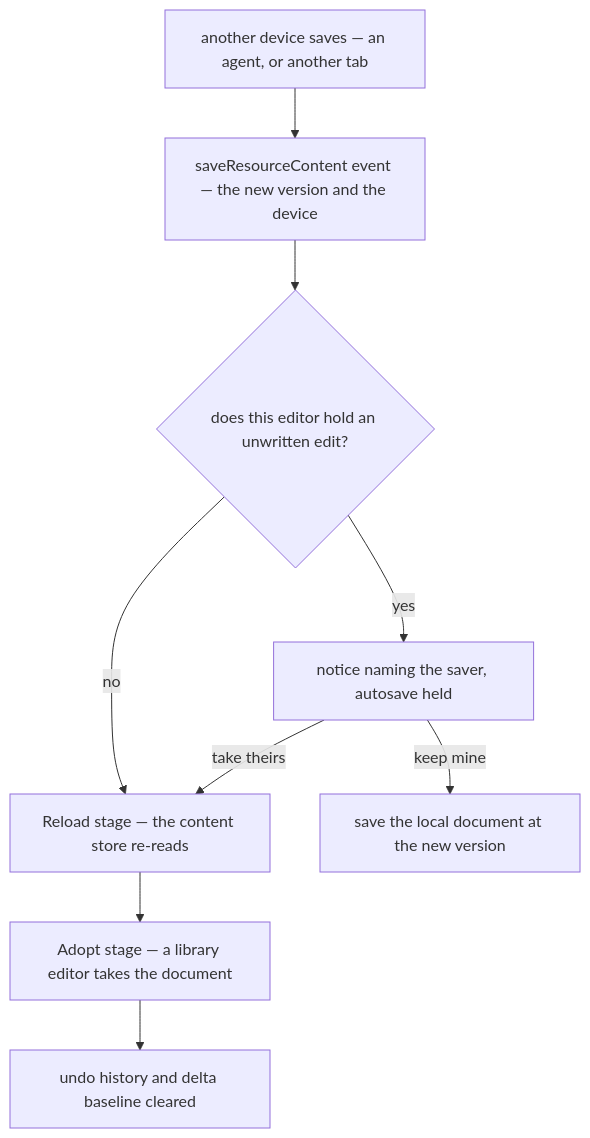
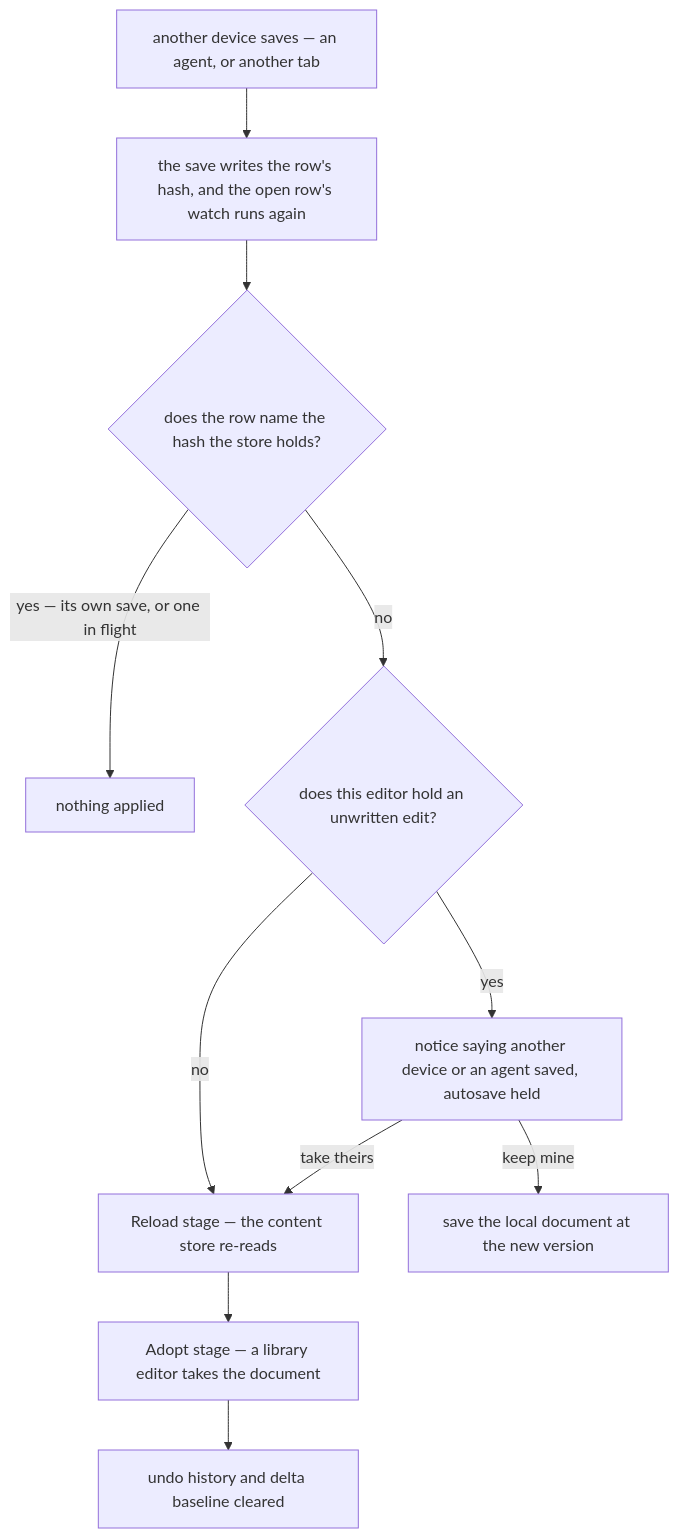
Before and after one commit to Esposter/Esposter: the diagram in openspec/specs/architecture/ai-native-resources/live-edits/design.md, drawn with Mermaid. The commit also changed other lines of this file and 11 other files, not shown here.

````diff
--- a/openspec/specs/architecture/ai-native-resources/live-edits/design.md
+++ b/openspec/specs/architecture/ai-native-resources/live-edits/design.md
@@ -28,11 +36,13 @@
 ```mermaid
 flowchart TD
-  SAVE["another device saves — an agent, or another tab"] --> EVENT["saveResourceContent event — the new version and the device"]
-  EVENT --> DIRTY{"does this editor hold an unwritten edit?"}
+  SAVE["another device saves — an agent, or another tab"] --> ROW["the save writes the row's hash, and the open row's watch runs again"]
+  ROW --> SAME{"does the row name the hash the store holds?"}
+  SAME -->|"yes — its own save, or one in flight"| NONE["nothing applied"]
+  SAME -->|no| DIRTY{"does this editor hold an unwritten edit?"}
   DIRTY -->|no| RELOAD["Reload stage — the content store re-reads"]
   RELOAD --> ADOPT["Adopt stage — a library editor takes the document"]
   ADOPT --> CLEAR["undo history and delta baseline cleared"]
-  DIRTY -->|yes| ASK["notice naming the saver, autosave held"]
+  DIRTY -->|yes| ASK["notice saying another device or an agent saved, autosave held"]
   ASK -->|"take theirs"| RELOAD
   ASK -->|"keep mine"| WRITE["save the local document at the new version"]
 ```
````
